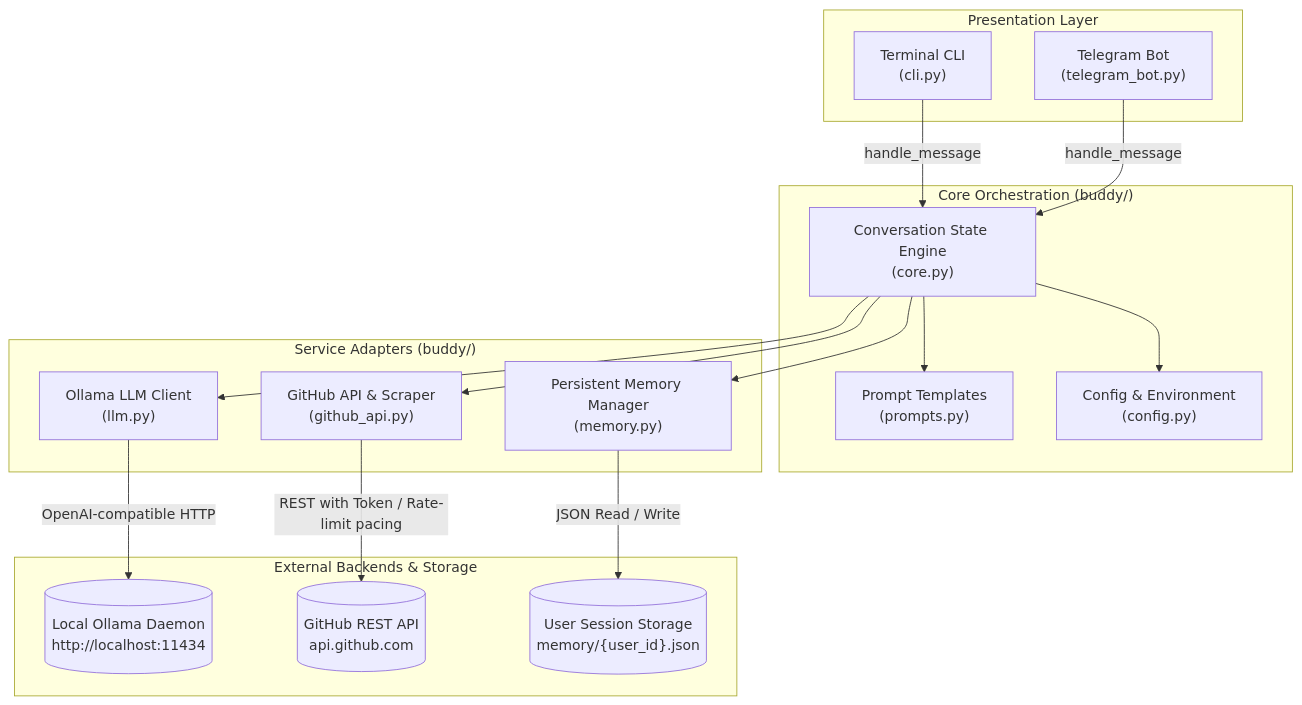
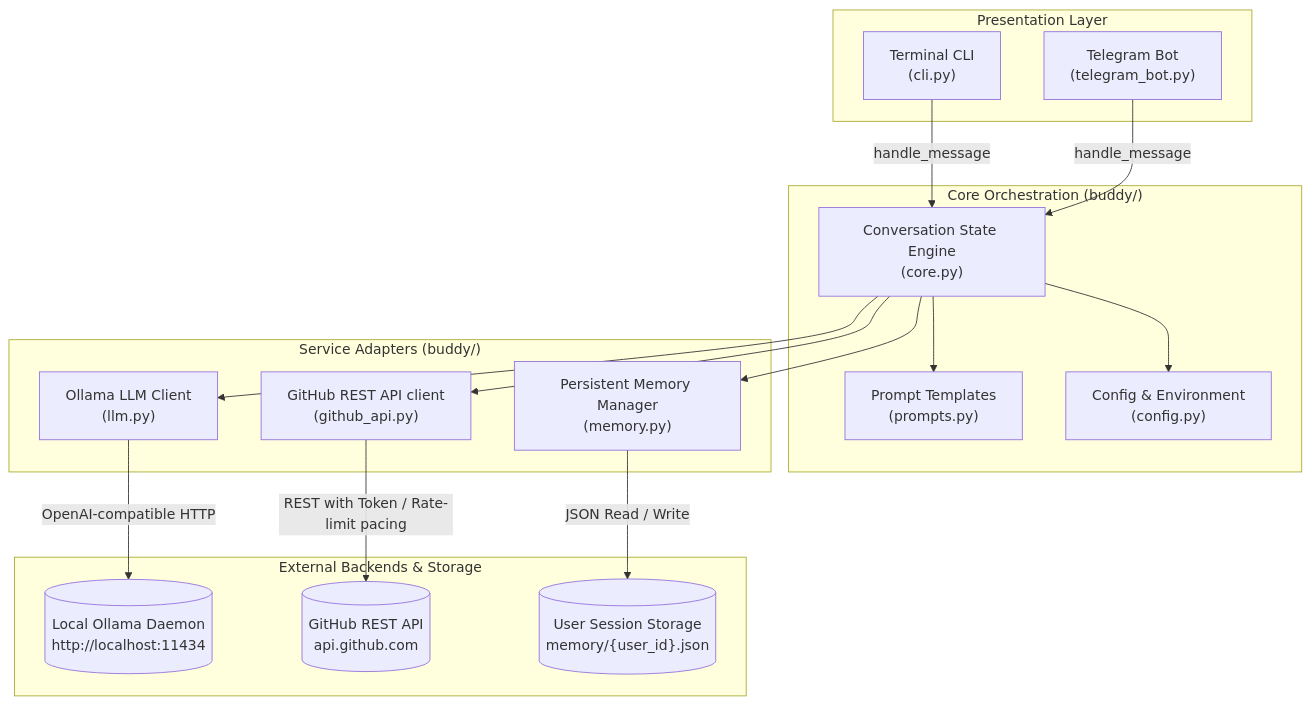
The first of 2 diagrams in README.md (SaiNanduVajhala/hacktoberfest-buddy), drawn with Mermaid before and after one commit. The commit also changed other lines of this file, not shown here.

````diff
--- a/README.md
+++ b/README.md
@@ -64,37 +64,37 @@
 ```mermaid
 graph TD
     subgraph UI ["Presentation Layer"]
         CLI["Terminal CLI<br/>(cli.py)"]
         TG["Telegram Bot<br/>(telegram_bot.py)"]
     end
 
     subgraph Core ["Core Orchestration (buddy/)"]
         CM["Conversation State Engine<br/>(core.py)"]
         PR["Prompt Templates<br/>(prompts.py)"]
         CFG["Config & Environment<br/>(config.py)"]
     end
 
     subgraph Adapters ["Service Adapters (buddy/)"]
         LLM["Ollama LLM Client<br/>(llm.py)"]
-        GH["GitHub API & Scraper<br/>(github_api.py)"]
+        GH["GitHub REST API client<br/>(github_api.py)"]
         MEM["Persistent Memory Manager<br/>(memory.py)"]
     end
 
     subgraph Backends ["External Backends & Storage"]
         OLLAMA[("Local Ollama Daemon<br/>http://localhost:11434")]
         GITHUB[("GitHub REST API<br/>api.github.com")]
         DISK[("User Session Storage<br/>memory/{user_id}.json")]
     end
 
     CLI -->|handle_message| CM
     TG -->|handle_message| CM
     CM --> PR
     CM --> CFG
     CM --> LLM
     CM --> GH
     CM --> MEM
 
     LLM -->|OpenAI-compatible HTTP| OLLAMA
     GH -->|REST with Token / Rate-limit pacing| GITHUB
     MEM -->|JSON Read / Write| DISK
 ```
````
